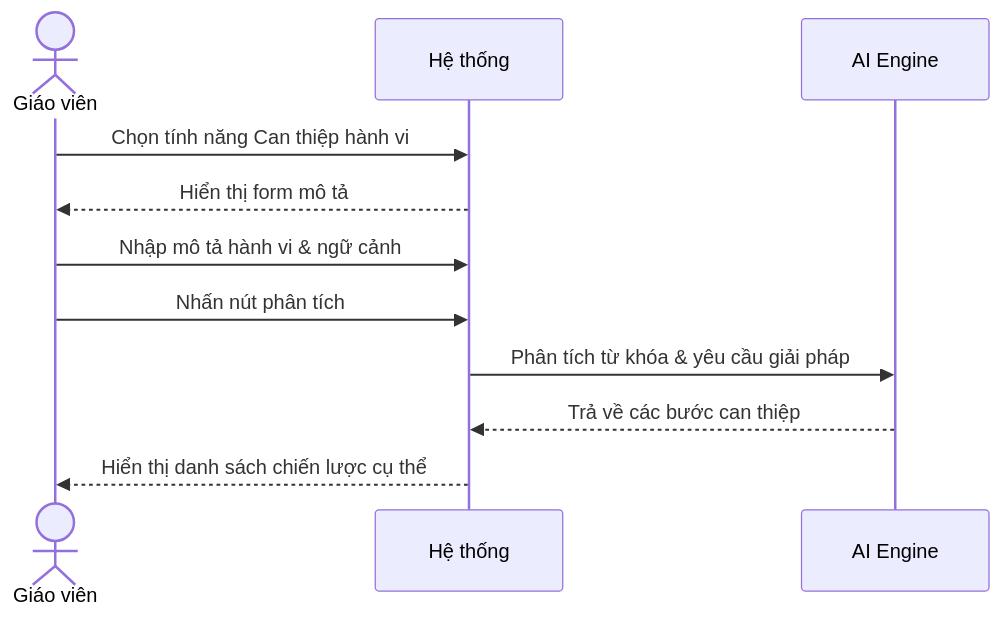
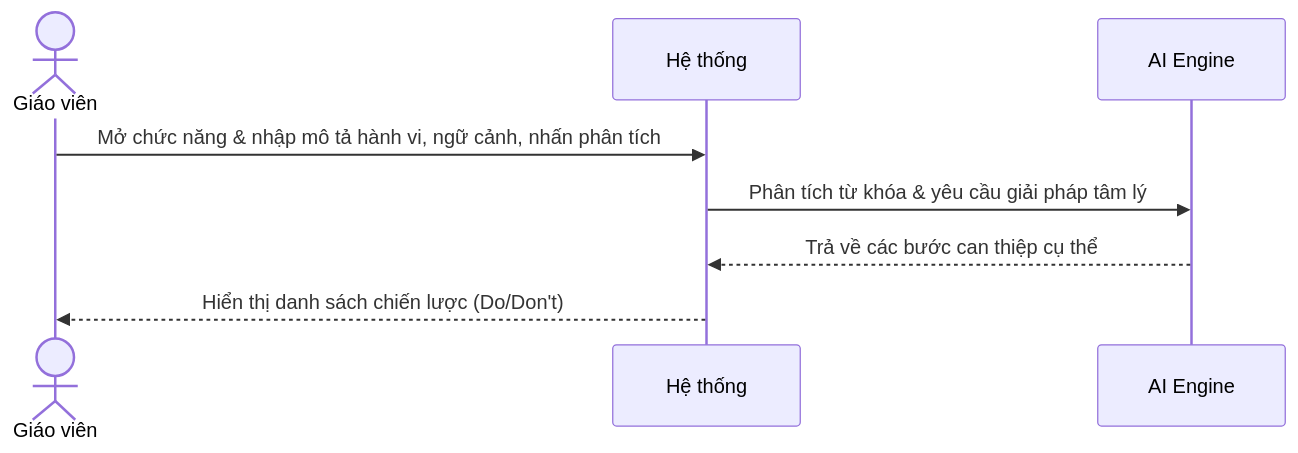
One commit to Cong-ty-TNNH-Q-Tech/Q-School changed the third of 4 diagrams in docs/usecase/nhom_3_communication_admin.md. Above: the diagram before and after it, drawn with Mermaid. The commit also changed other lines of this file and 4 other files, not shown here.

Commit message:
docs(usecase): standardize all tables and sequence diagrams, fix temporal logic and AI roles

````diff
--- a/docs/usecase/nhom_3_communication_admin.md
+++ b/docs/usecase/nhom_3_communication_admin.md
@@ -87,14 +81,11 @@
 ```mermaid
 sequenceDiagram
     actor GV as Giáo viên
     participant HT as Hệ thống
     participant AI as AI Engine
 
-    GV->>HT: Chọn tính năng Can thiệp hành vi
-    HT-->>GV: Hiển thị form mô tả
-    GV->>HT: Nhập mô tả hành vi & ngữ cảnh
-    GV->>HT: Nhấn nút phân tích
-    HT->>AI: Phân tích từ khóa & yêu cầu giải pháp
-    AI-->>HT: Trả về các bước can thiệp
-    HT-->>GV: Hiển thị danh sách chiến lược cụ thể
+    GV->>HT: Mở chức năng & nhập mô tả hành vi, ngữ cảnh, nhấn phân tích
+    HT->>AI: Phân tích từ khóa & yêu cầu giải pháp tâm lý
+    AI-->>HT: Trả về các bước can thiệp cụ thể
+    HT-->>GV: Hiển thị danh sách chiến lược (Do/Don't)
 ```
````
